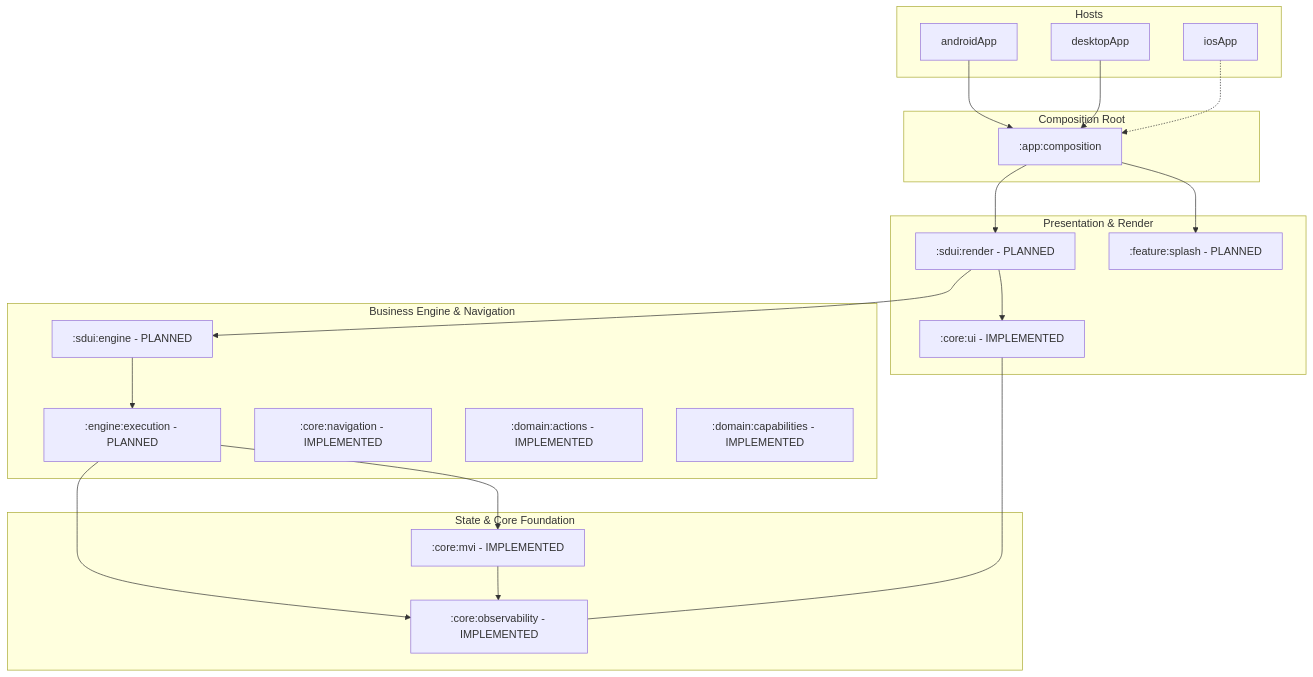
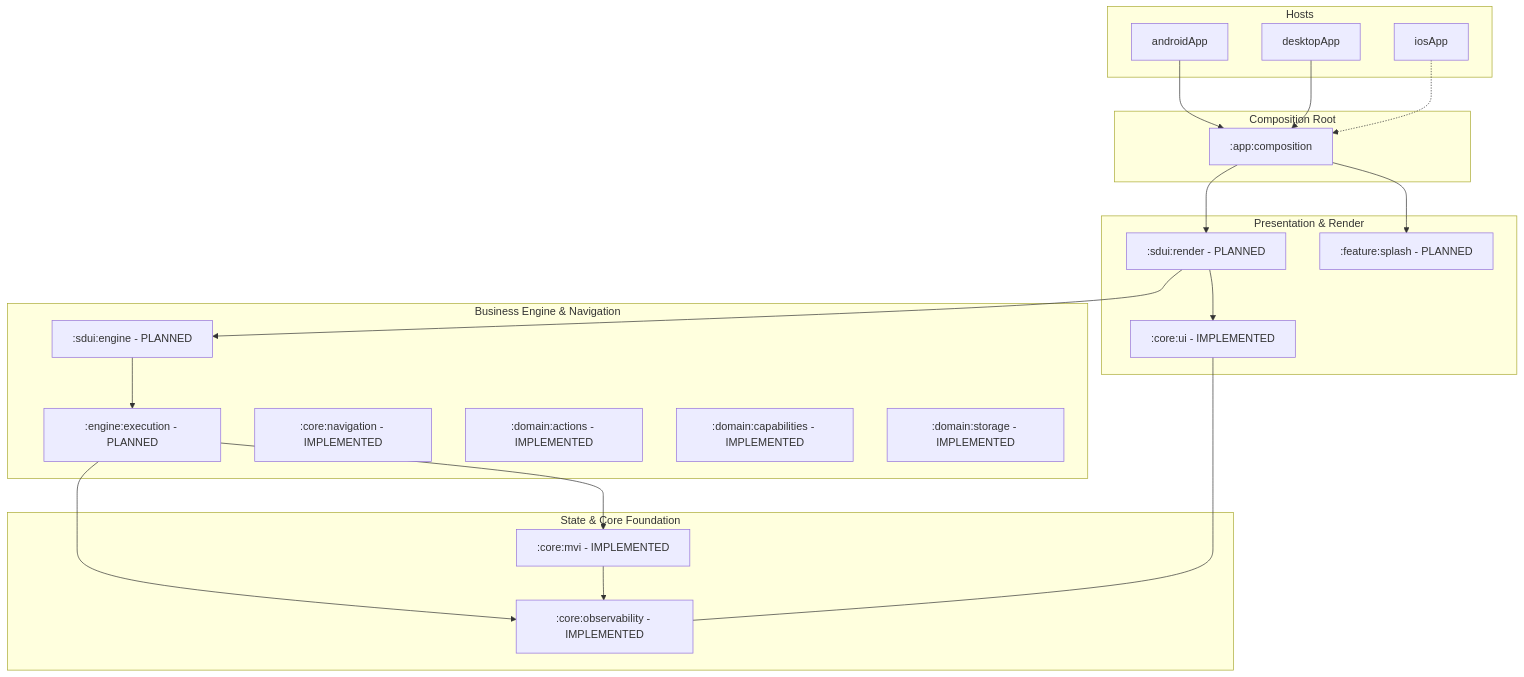
One commit to LalitDev2305/CarBroz-Partner-New changed the diagram in README.md. Above: the diagram before and after it, drawn with Mermaid. The commit also changed other lines of this file and 9 other files, not shown here.

Commit message:
feat(storage): establish persistence domain contracts

````diff
--- a/README.md
+++ b/README.md
@@ -113,45 +115,47 @@
 ```mermaid
 graph TD
     subgraph Hosts
         A[androidApp]
         D[desktopApp]
         I[iosApp]
     end
 
     subgraph Composition Root
         C[:app:composition]
     end
 
     subgraph Presentation & Render
         S[:sdui:render - PLANNED]
         UI[:core:ui - IMPLEMENTED]
         F[:feature:splash - PLANNED]
     end
 
     subgraph Business Engine & Navigation
         SE[:sdui:engine - PLANNED]
         CR[:engine:execution - PLANNED]
         CN[:core:navigation - IMPLEMENTED]
         ACT[:domain:actions - IMPLEMENTED]
         CAP[:domain:capabilities - IMPLEMENTED]
+        STO[:domain:storage - IMPLEMENTED]
     end
+
 
 
     subgraph State & Core Foundation
         MVI[:core:mvi - IMPLEMENTED]
         OBS[:core:observability - IMPLEMENTED]
     end
 
     A --> C
     D --> C
     I -.-> C
     C --> F
     C --> S
     S --> SE
     S --> UI
     SE --> CR
     CR --> MVI
     CR --> OBS
     MVI --> OBS
     UI --- OBS
 ```
````
